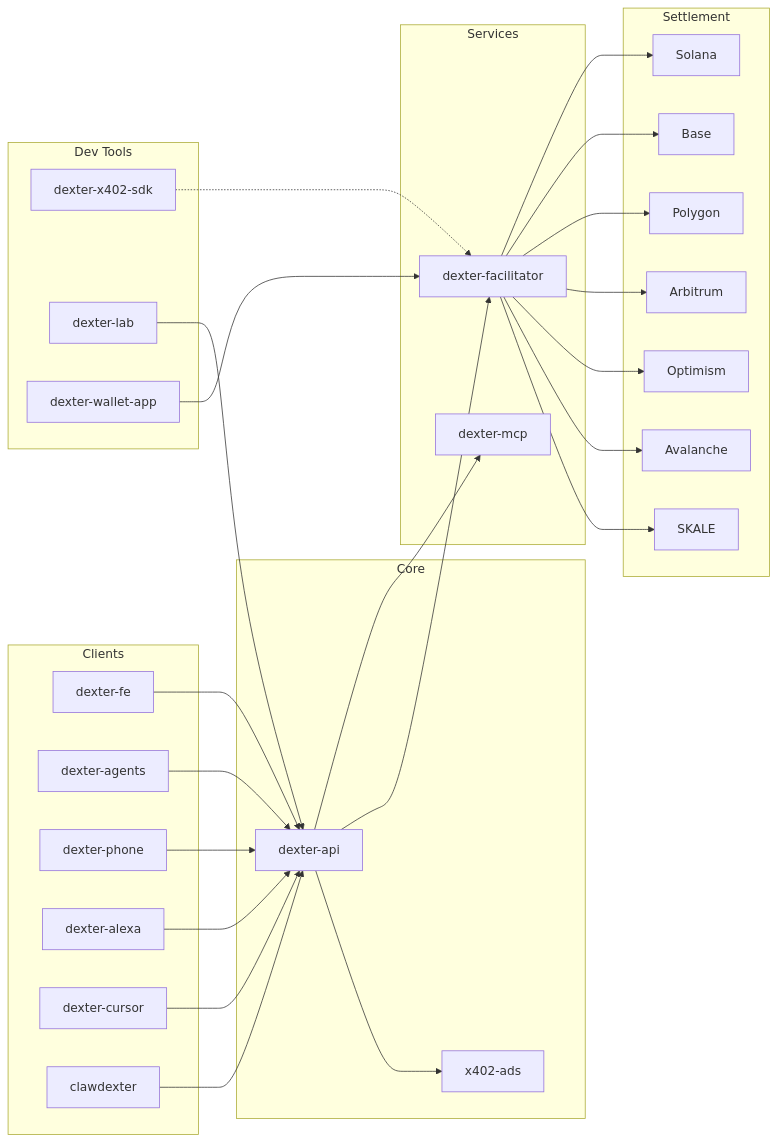
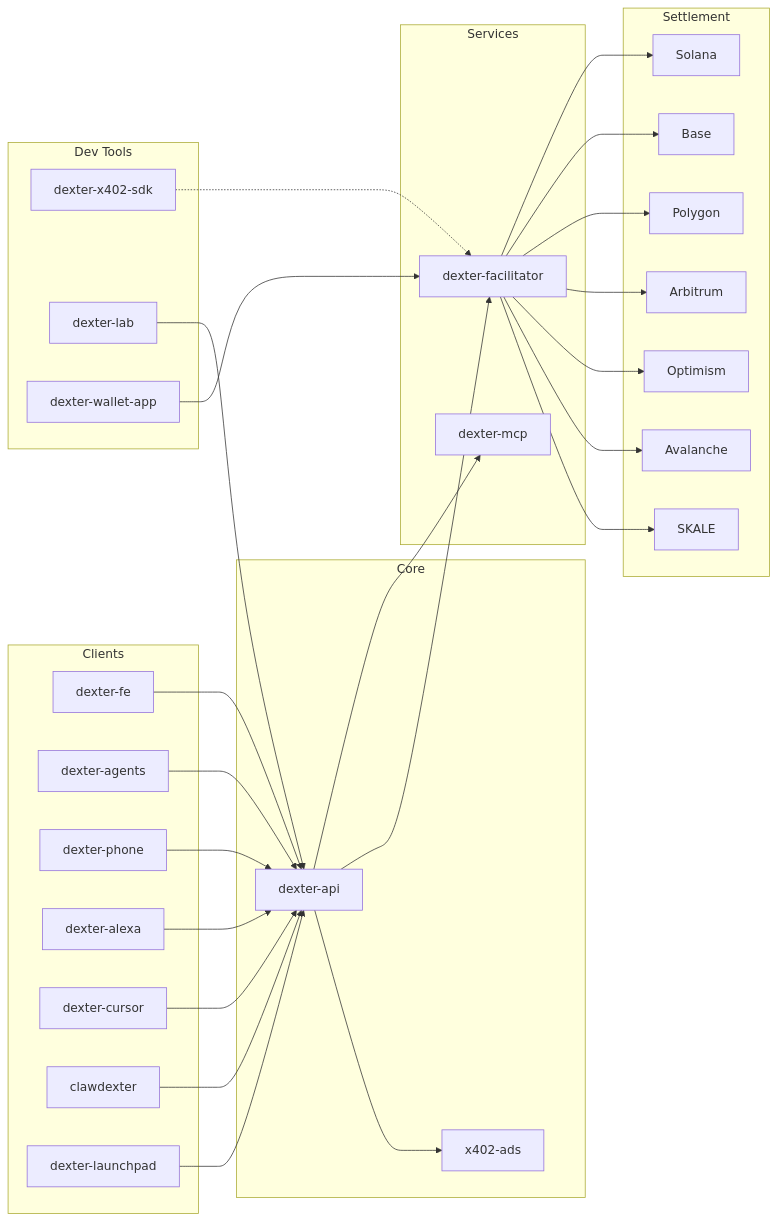
One commit to Dexter-DAO/.github changed the diagram in profile/README.md. Above: the diagram before and after it, drawn with Mermaid. The commit also changed other lines of this file, not shown here.

Commit message:
feat: add dexter-launchpad to org profile
New product: launch autonomous AI agents with their own wallets,
tokens, and revenue streams on Solana. Added to Products table
(in-progress status) and architecture diagram.

Made-with: Cursor

````diff
--- a/profile/README.md
+++ b/profile/README.md
@@ -22,60 +22,62 @@
 ```mermaid
 flowchart LR
     subgraph clients["Clients"]
         fe["dexter-fe"]
         agents["dexter-agents"]
         phone["dexter-phone"]
         alexa["dexter-alexa"]
         cursor["dexter-cursor"]
         claw["clawdexter"]
+        launchpad["dexter-launchpad"]
     end
 
     subgraph core["Core"]
         api["dexter-api"]
         ads["x402-ads"]
     end
 
     subgraph services["Services"]
         mcp["dexter-mcp"]
         facilitator["dexter-facilitator"]
     end
 
     subgraph devtools["Dev Tools"]
         sdk["dexter-x402-sdk"]
         lab["dexter-lab"]
         wallet["dexter-wallet-app"]
     end
 
     subgraph settle["Settlement"]
         solana["Solana"]
         base["Base"]
         polygon["Polygon"]
         arbitrum["Arbitrum"]
         optimism["Optimism"]
         avalanche["Avalanche"]
         skale["SKALE"]
     end
 
     fe --> api
     agents --> api
     phone --> api
     alexa --> api
     cursor --> api
     claw --> api
+    launchpad --> api
 
     api --> mcp
     api --> facilitator
     api --> ads
 
     sdk -.-> facilitator
     lab --> api
     wallet --> facilitator
 
     facilitator --> solana
     facilitator --> base
     facilitator --> polygon
     facilitator --> arbitrum
     facilitator --> optimism
     facilitator --> avalanche
     facilitator --> skale
 ```
````
